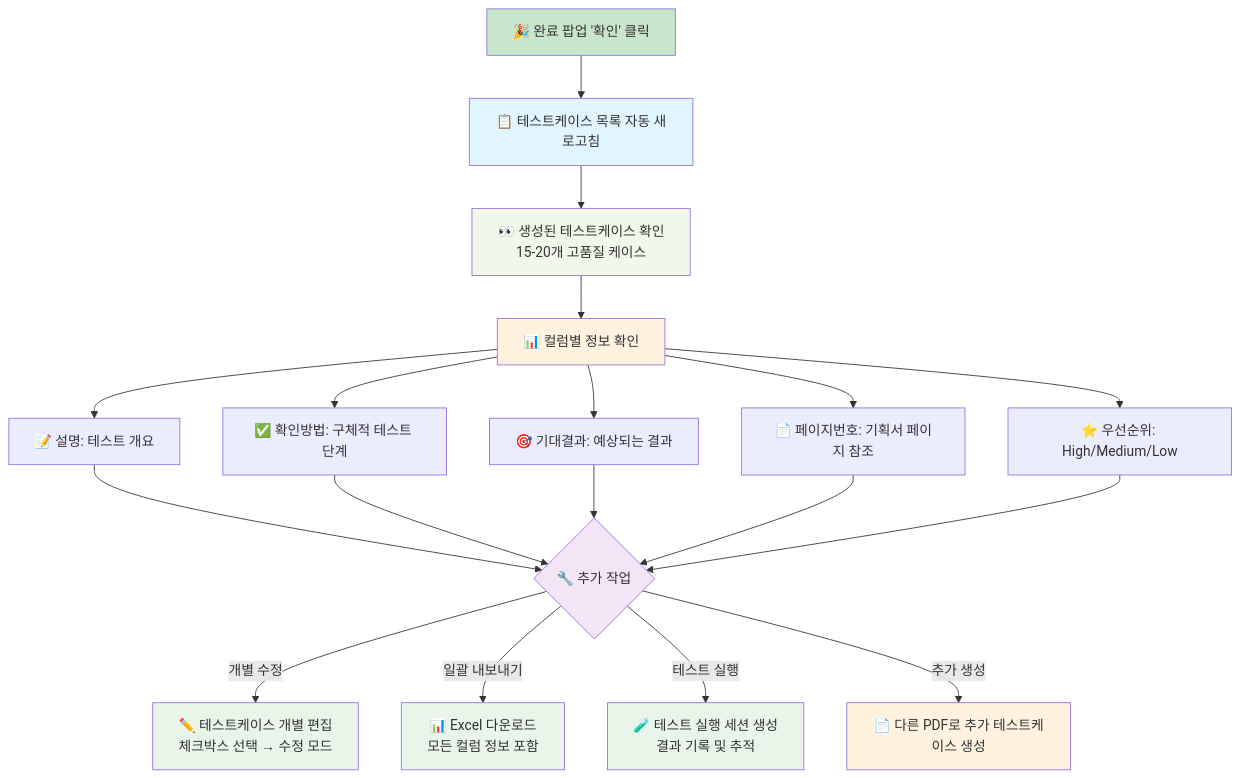
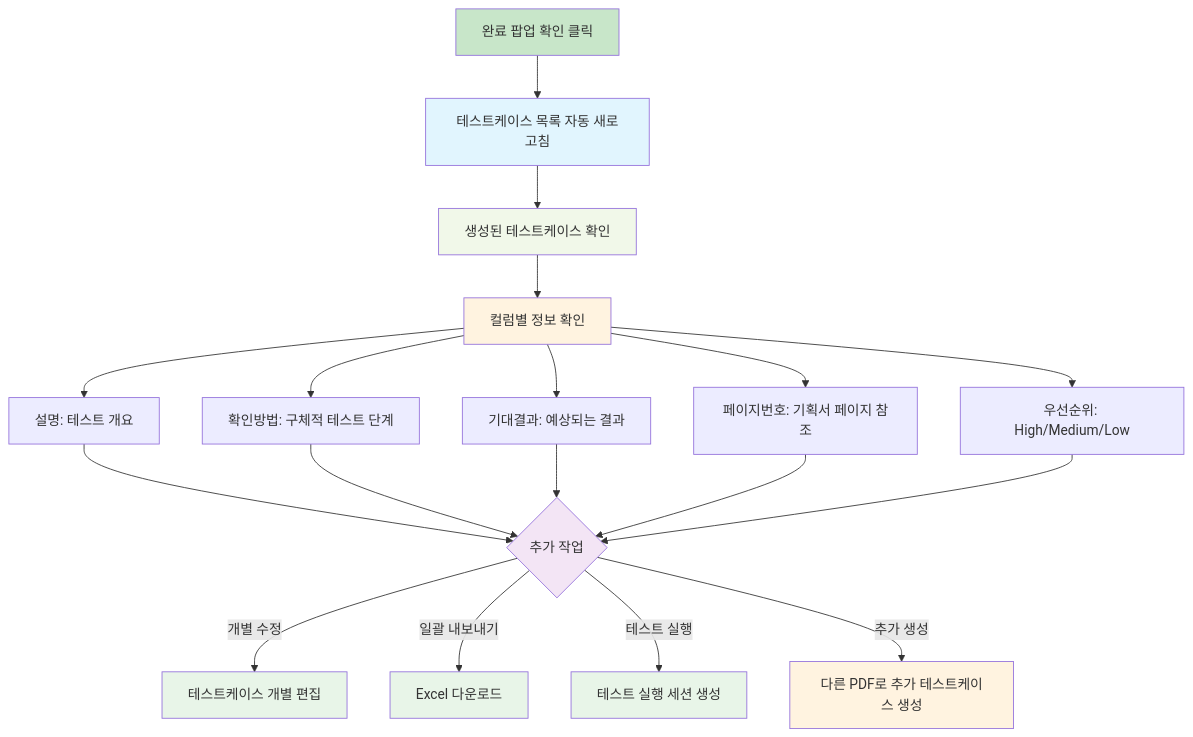
The ninth of 9 diagrams in README.md (DONGWOO79/qa-test-manager), drawn with Mermaid before and after one commit. The commit also changed other lines of this file, not shown here.

First line of the commit message:
fix: Fix Mermaid diagram parsing errors in README

````diff
--- a/README.md
+++ b/README.md
@@ -705,33 +705,33 @@
 ```mermaid
 graph TD
-    A[🎉 완료 팝업 '확인' 클릭] --> B[📋 테스트케이스 목록 자동 새로고침]
-    B --> C[👀 생성된 테스트케이스 확인<br/>15-20개 고품질 케이스]
+    A[완료 팝업 확인 클릭] --> B[테스트케이스 목록 자동 새로고침]
+    B --> C[생성된 테스트케이스 확인]
     
-    C --> D[📊 컬럼별 정보 확인]
-    D --> E[📝 설명: 테스트 개요]
-    D --> F[✅ 확인방법: 구체적 테스트 단계]
-    D --> G[🎯 기대결과: 예상되는 결과]
-    D --> H[📄 페이지번호: 기획서 페이지 참조]
-    D --> I[⭐ 우선순위: High/Medium/Low]
+    C --> D[컬럼별 정보 확인]
+    D --> E[설명: 테스트 개요]
+    D --> F[확인방법: 구체적 테스트 단계]
+    D --> G[기대결과: 예상되는 결과]
+    D --> H[페이지번호: 기획서 페이지 참조]
+    D --> I[우선순위: High/Medium/Low]
     
-    E --> J{🔧 추가 작업}
+    E --> J{추가 작업}
     F --> J
     G --> J
     H --> J
     I --> J
     
-    J -->|개별 수정| K[✏️ 테스트케이스 개별 편집<br/>체크박스 선택 → 수정 모드]
-    J -->|일괄 내보내기| L[📊 Excel 다운로드<br/>모든 컬럼 정보 포함]
-    J -->|테스트 실행| M[🧪 테스트 실행 세션 생성<br/>결과 기록 및 추적]
-    J -->|추가 생성| N[📄 다른 PDF로 추가 테스트케이스 생성]
+    J -->|개별 수정| K[테스트케이스 개별 편집]
+    J -->|일괄 내보내기| L[Excel 다운로드]
+    J -->|테스트 실행| M[테스트 실행 세션 생성]
+    J -->|추가 생성| N[다른 PDF로 추가 테스트케이스 생성]
     
     style A fill:#c8e6c9
     style B fill:#e1f5fe
     style C fill:#f1f8e9
     style D fill:#fff3e0
     style J fill:#f3e5f5
     style K fill:#e8f5e8
     style L fill:#e8f5e8
     style M fill:#e8f5e8
     style N fill:#fff3e0
 ```
````
